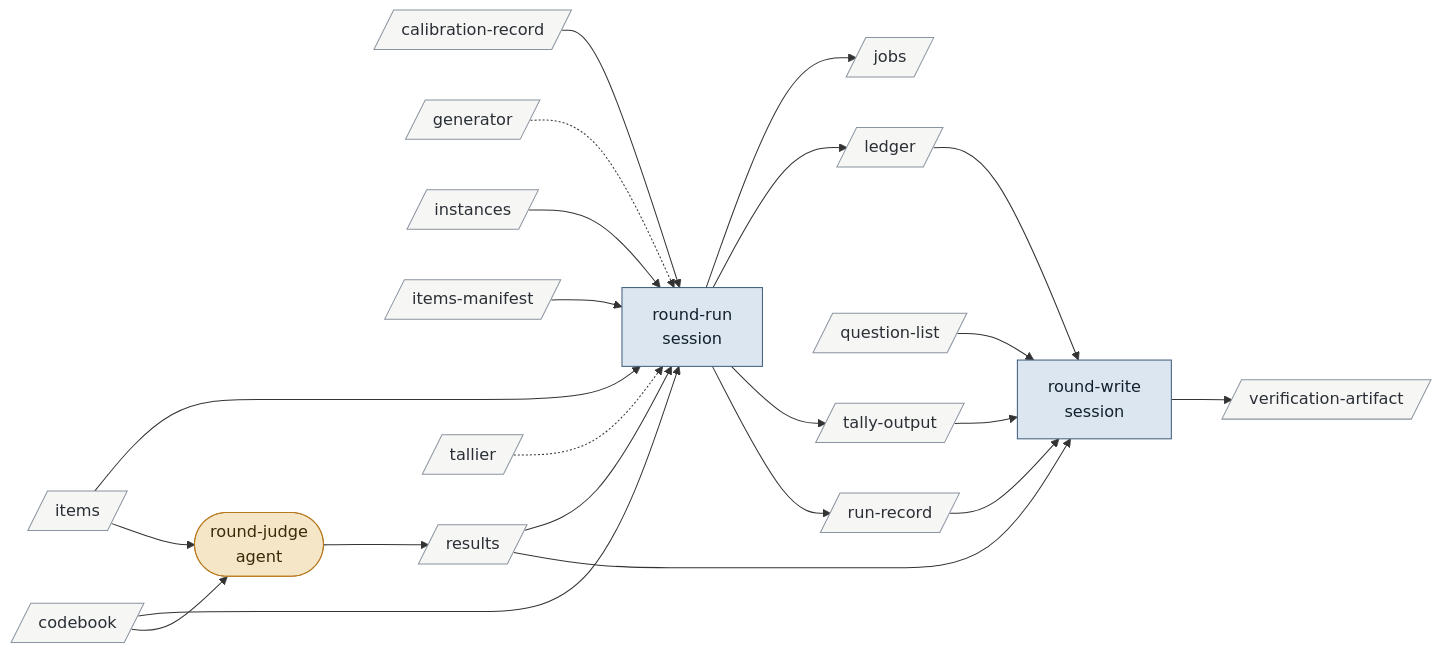
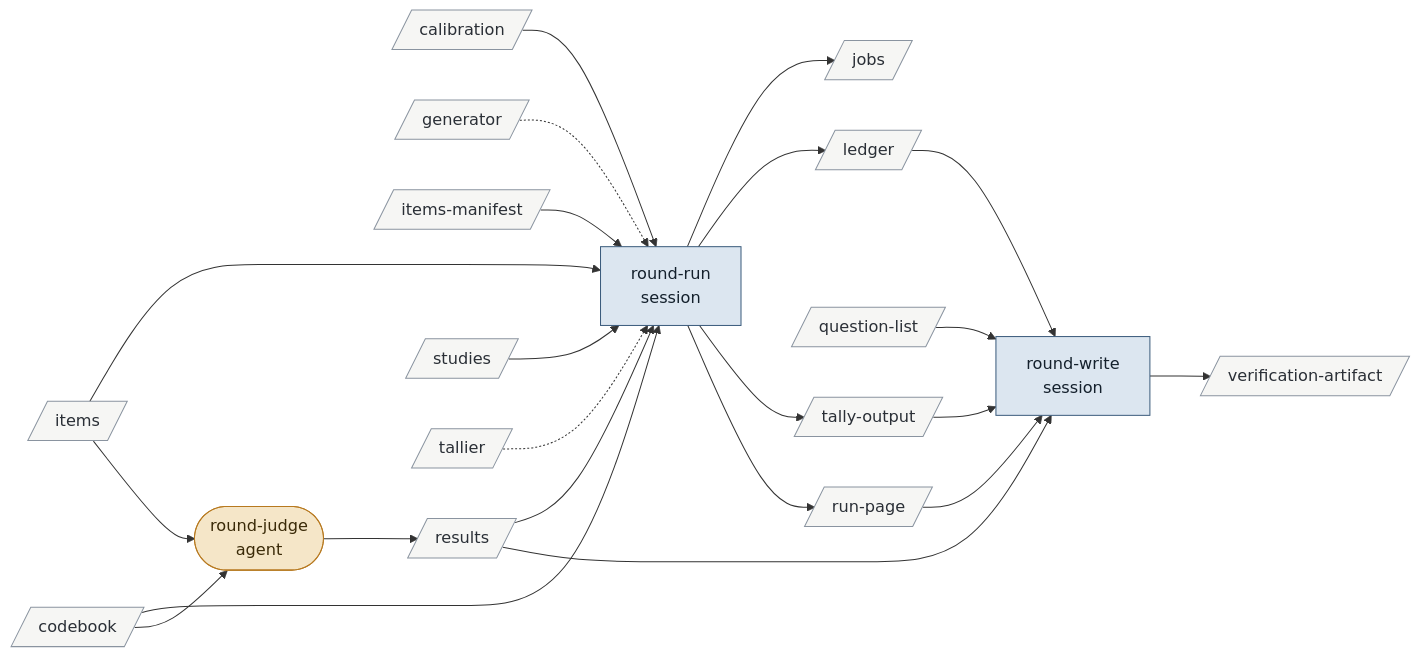
The eighth of 15 diagrams in .claude/skills/v3-buildout-2/map.md (bc414/StoryPlanner), drawn with Mermaid before and after one commit. The commit also changed other lines of this file and 32 other files, not shown here.

````diff
--- a/.claude/skills/v3-buildout-2/map.md
+++ b/.claude/skills/v3-buildout-2/map.md
@@ -288,48 +288,48 @@
 ```mermaid
 flowchart LR
   classDef hitl fill:#e9d8e4,stroke:#7a3e6d,color:#2b1a27
   classDef session fill:#dce6f0,stroke:#3b5b7c,color:#14202c
   classDef agent fill:#f5e6c8,stroke:#b7791f,color:#3a2a08
   classDef artifact fill:#f6f6f4,stroke:#8a94a0,color:#2a2f36
   classDef activity fill:#dcebdd,stroke:#4b7f52,color:#122816
   classDef terminus fill:#e4e4ea,stroke:#5b5b7a,color:#1c1c2c
   roundrun["round-run<br/>session"]:::session
   roundjudge(["round-judge<br/>agent"]):::agent
   roundwrite["round-write<br/>session"]:::session
-  calibrationrecord[/"calibration-record"/]:::artifact
+  calibration[/"calibration"/]:::artifact
   codebook[/"codebook"/]:::artifact
   generator[/"generator"/]:::artifact
-  instances[/"instances"/]:::artifact
   items[/"items"/]:::artifact
   itemsmanifest[/"items-manifest"/]:::artifact
   jobs[/"jobs"/]:::artifact
   ledger[/"ledger"/]:::artifact
   questionlist[/"question-list"/]:::artifact
   results[/"results"/]:::artifact
-  runrecord[/"run-record"/]:::artifact
+  runpage[/"run-page"/]:::artifact
+  studies[/"studies"/]:::artifact
   tallier[/"tallier"/]:::artifact
   tallyoutput[/"tally-output"/]:::artifact
   verificationartifact[/"verification-artifact"/]:::artifact
 
-  instances --> roundrun
+  studies --> roundrun
   items --> roundrun
   itemsmanifest --> roundrun
   codebook --> roundrun
-  calibrationrecord --> roundrun
+  calibration --> roundrun
   results --> roundrun
   generator -.-> roundrun
   tallier -.-> roundrun
   roundrun --> jobs
   roundrun --> ledger
   roundrun --> tallyoutput
-  roundrun --> runrecord
+  roundrun --> runpage
   codebook --> roundjudge
   items --> roundjudge
   roundjudge --> results
   results --> roundwrite
   tallyoutput --> roundwrite
   ledger --> roundwrite
-  runrecord --> roundwrite
+  runpage --> roundwrite
   questionlist --> roundwrite
   roundwrite --> verificationartifact
 ```
````
